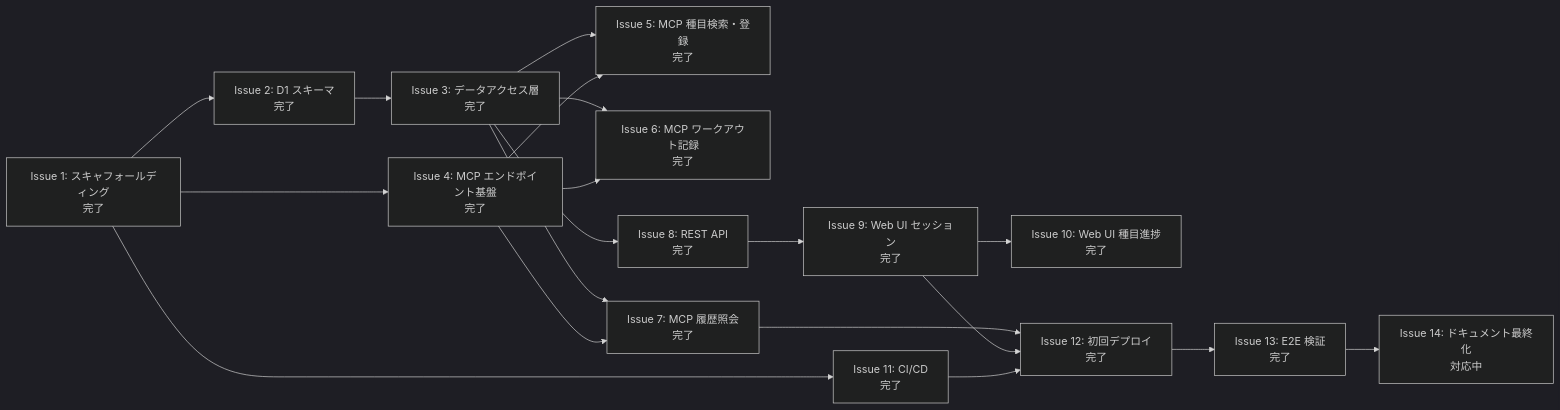
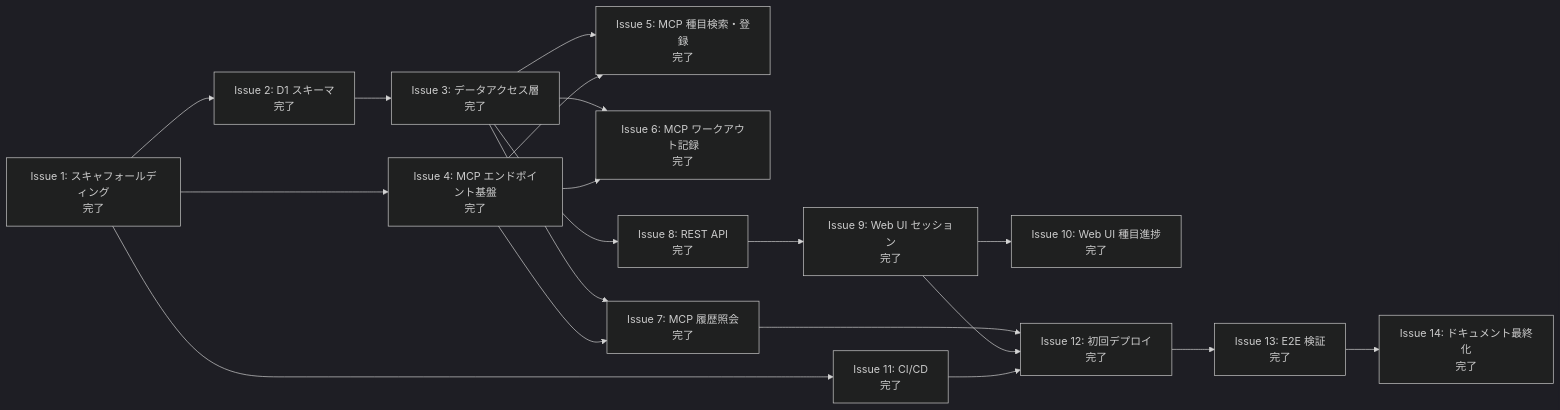
Before and after one commit to japan4415/training-logger: the diagram in docs/roadmap.md, drawn with Mermaid (dark theme). The commit also changed other lines of this file and 12 other files, not shown here.

````diff
--- a/docs/roadmap.md
+++ b/docs/roadmap.md
@@ -36,36 +38,36 @@
 ```mermaid
 graph LR
     I1[Issue 1: スキャフォールディング<br/>完了]
     I2[Issue 2: D1 スキーマ<br/>完了]
     I3[Issue 3: データアクセス層<br/>完了]
     I4[Issue 4: MCP エンドポイント基盤<br/>完了]
     I5[Issue 5: MCP 種目検索・登録<br/>完了]
     I6[Issue 6: MCP ワークアウト記録<br/>完了]
     I7[Issue 7: MCP 履歴照会<br/>完了]
     I8[Issue 8: REST API<br/>完了]
     I9[Issue 9: Web UI セッション<br/>完了]
     I10[Issue 10: Web UI 種目進捗<br/>完了]
     I11[Issue 11: CI/CD<br/>完了]
     I12[Issue 12: 初回デプロイ<br/>完了]
     I13[Issue 13: E2E 検証<br/>完了]
-    I14[Issue 14: ドキュメント最終化<br/>対応中]
+    I14[Issue 14: ドキュメント最終化<br/>完了]
 
     I1 --> I2
     I1 --> I4
     I1 --> I11
     I2 --> I3
     I3 --> I5
     I3 --> I6
     I3 --> I7
     I3 --> I8
     I4 --> I5
     I4 --> I6
     I4 --> I7
     I8 --> I9
     I9 --> I10
     I7 --> I12
     I9 --> I12
     I11 --> I12
     I12 --> I13
     I13 --> I14
 ```
````
